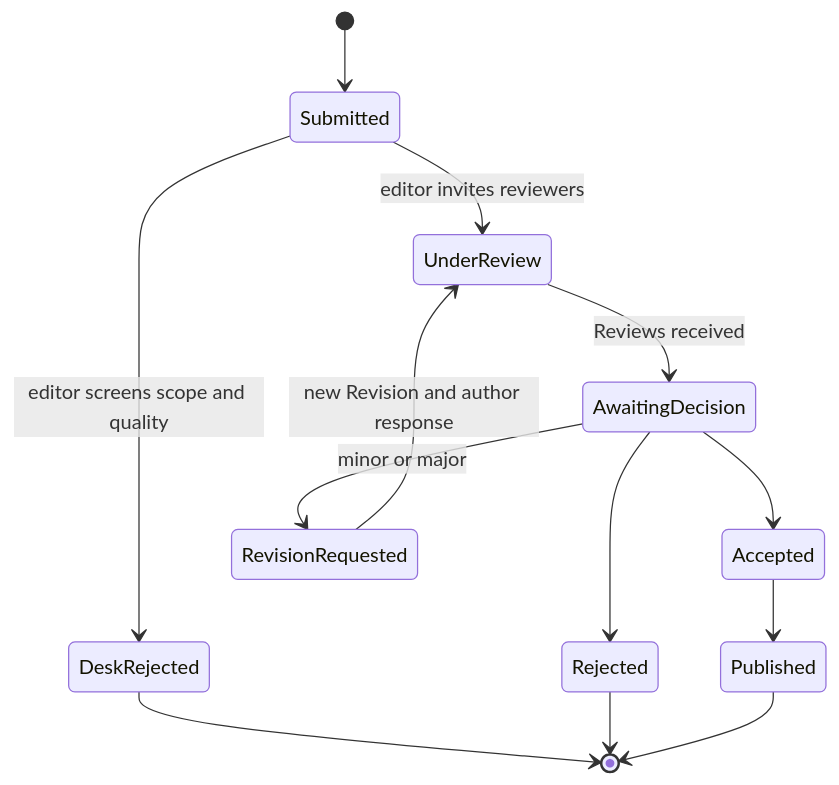
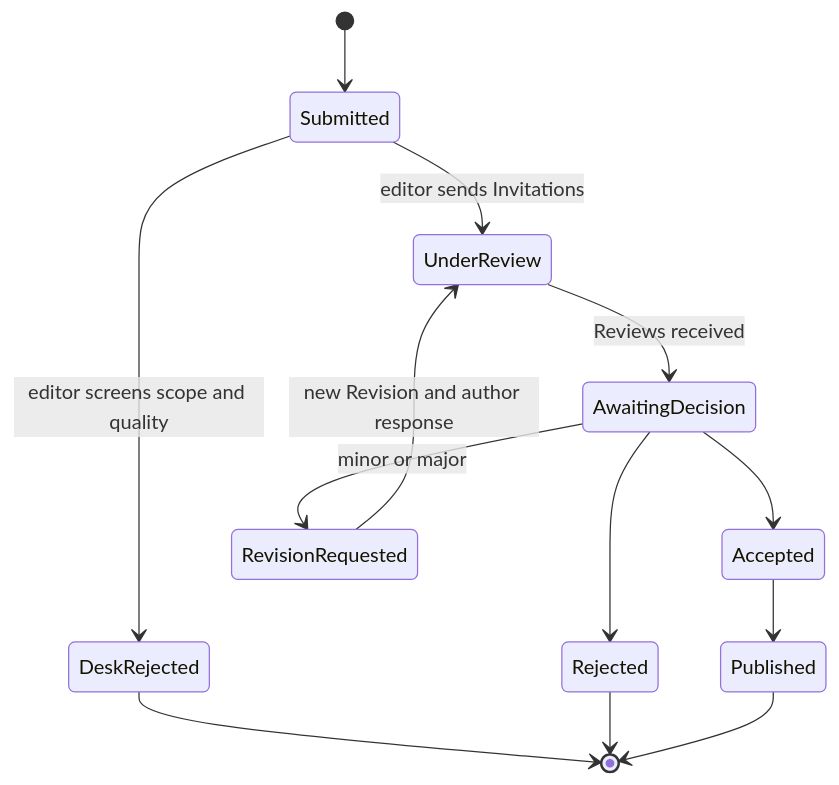
Before and after one commit to jaateixeira/prreview.it: the third of 10 diagrams in docs/research/review-designs.md, drawn with Mermaid. The commit also changed other lines of this file and 1 other file, not shown here.

````diff
--- a/docs/research/review-designs.md
+++ b/docs/research/review-designs.md
@@ -135,15 +135,15 @@
 ```mermaid
 stateDiagram-v2
     [*] --> Submitted
     Submitted --> DeskRejected: editor screens scope and quality
-    Submitted --> UnderReview: editor invites reviewers
+    Submitted --> UnderReview: editor sends Invitations
     UnderReview --> AwaitingDecision: Reviews received
     AwaitingDecision --> Accepted
     AwaitingDecision --> RevisionRequested: minor or major
     AwaitingDecision --> Rejected
     RevisionRequested --> UnderReview: new Revision and author response
     Accepted --> Published
     DeskRejected --> [*]
     Rejected --> [*]
     Published --> [*]
 ```
````
